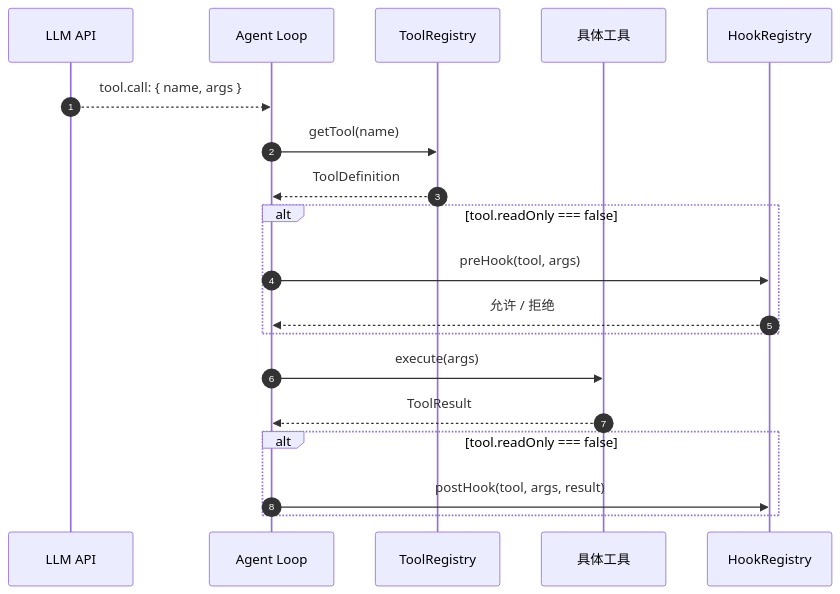
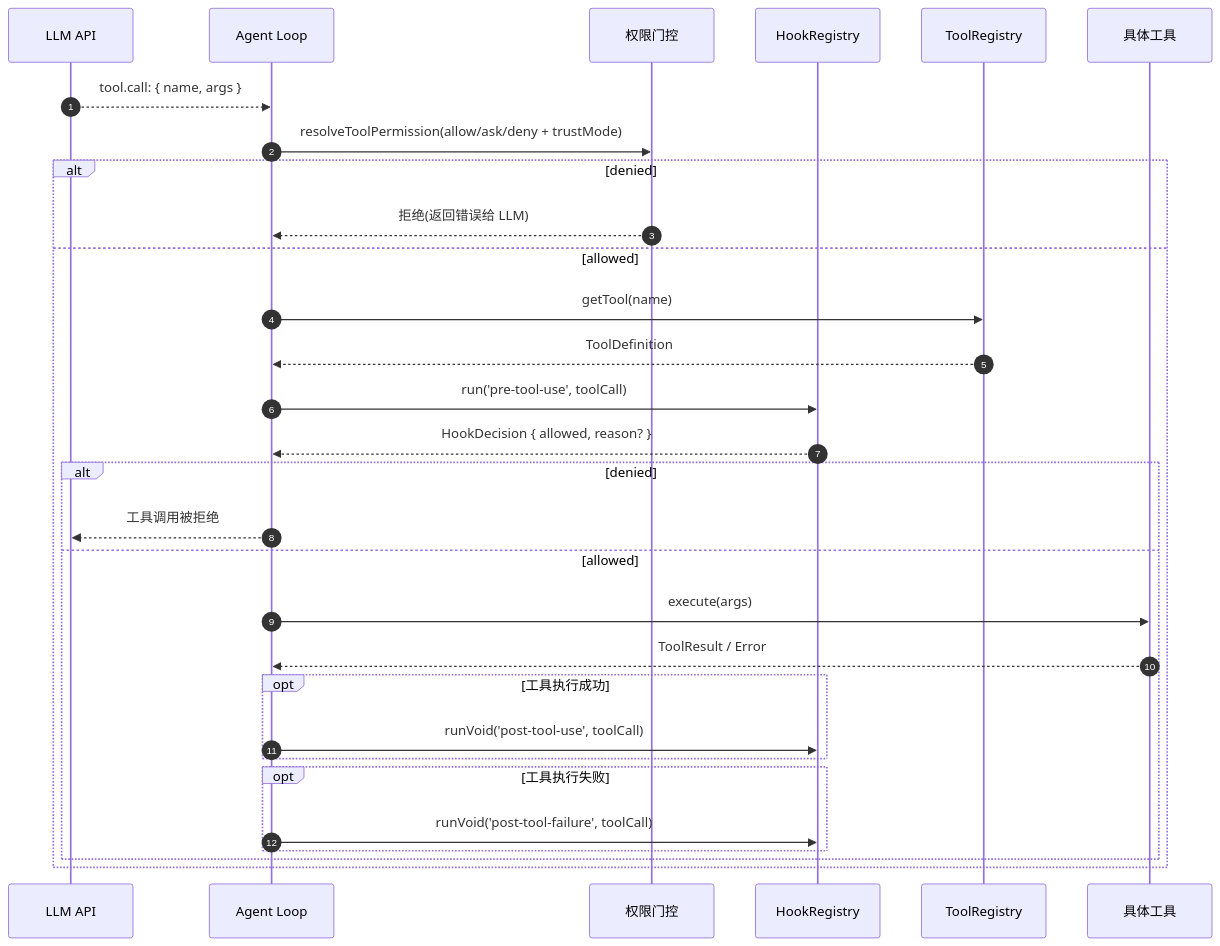
One commit to golddream-y/obsidian-ratel changed the third of 3 diagrams in docs/architecture/agent/tools.md. Above: the diagram before and after it, drawn with Mermaid. The commit also changed other lines of this file and 2 other files, not shown here.

````diff
--- a/docs/architecture/agent/tools.md
+++ b/docs/architecture/agent/tools.md
@@ -161,25 +237,36 @@
 ```mermaid
 sequenceDiagram
     autonumber
     participant LLM as LLM API
     participant AL as Agent Loop
+    participant PM as 权限门控
+    participant HK as HookRegistry
     participant TR as ToolRegistry
     participant TOOL as 具体工具
-    participant HK as HookRegistry
 
     LLM-->>AL: tool.call: { name, args }
-    AL->>TR: getTool(name)
-    TR-->>AL: ToolDefinition
+    AL->>PM: resolveToolPermission(allow/ask/deny + trustMode)
+    alt denied
+        PM-->>AL: 拒绝(返回错误给 LLM)
+    else allowed
+        AL->>TR: getTool(name)
+        TR-->>AL: ToolDefinition
 
-    alt tool.readOnly === false
-        AL->>HK: preHook(tool, args)
-        HK-->>AL: 允许 / 拒绝
-    end
+        AL->>HK: run('pre-tool-use', toolCall)
+        HK-->>AL: HookDecision { allowed, reason? }
+        alt denied
+            AL-->>LLM: 工具调用被拒绝
+        else allowed
+            AL->>TOOL: execute(args)
+            TOOL-->>AL: ToolResult / Error
 
-    AL->>TOOL: execute(args)
-    TOOL-->>AL: ToolResult
+            opt 工具执行成功
+                AL->>HK: runVoid('post-tool-use', toolCall)
+            end
 
-    alt tool.readOnly === false
-        AL->>HK: postHook(tool, args, result)
+            opt 工具执行失败
+                AL->>HK: runVoid('post-tool-failure', toolCall)
+            end
+        end
     end
 ```
````
